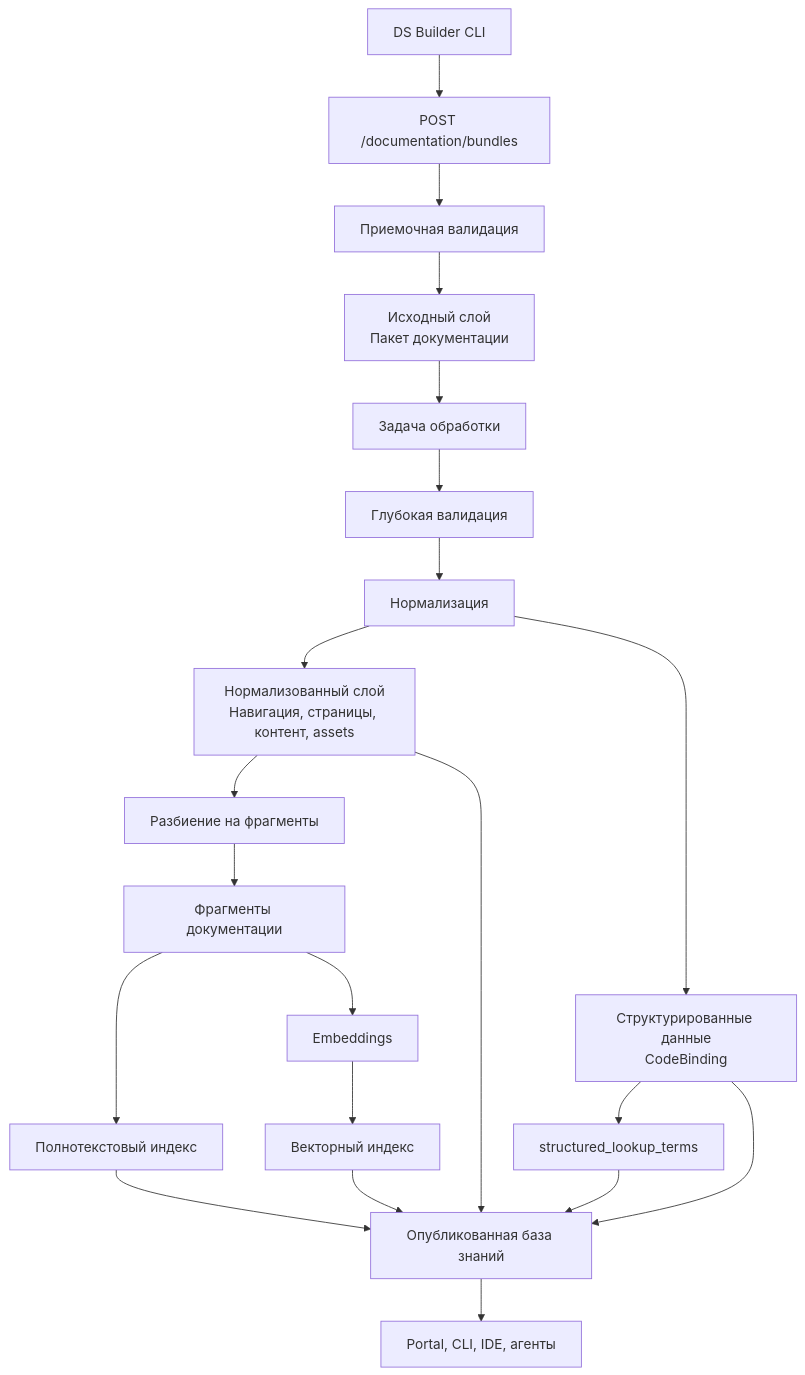
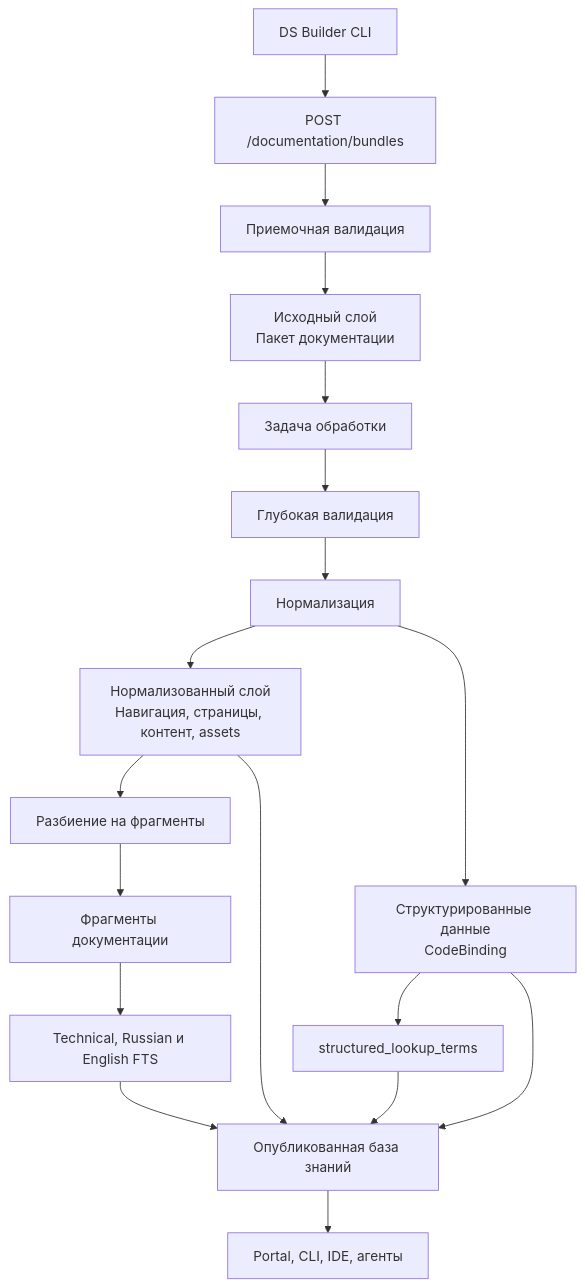
One commit to salute-developers/design-system-builder changed the first of 6 diagrams in openspec/architecture/ADR-0002-documentation.md. Above: the diagram before and after it, drawn with Mermaid. The commit also changed other lines of this file and 201 other files, not shown here.

````diff
--- a/openspec/architecture/ADR-0002-documentation.md
+++ b/openspec/architecture/ADR-0002-documentation.md
@@ -104,23 +111,20 @@
 ```mermaid
 flowchart TD
     CLI["DS Builder CLI"] --> Upload["POST /documentation/bundles"]
     Upload --> Acceptance["Приемочная валидация"]
     Acceptance --> Raw["Исходный слой\nПакет документации"]
     Raw --> Job["Задача обработки"]
     Job --> Validate["Глубокая валидация"]
     Validate --> Normalize["Нормализация"]
     Normalize --> Pages["Нормализованный слой\nНавигация, страницы, контент, assets"]
     Normalize --> Structured["Структурированные данные\nCodeBinding"]
     Pages --> Chunking["Разбиение на фрагменты"]
     Chunking --> Chunks["Фрагменты документации"]
     Structured --> LookupTerms["structured_lookup_terms"]
-    Chunks --> TextIndex["Полнотекстовый индекс"]
-    Chunks --> Embeddings["Embeddings"]
-    Embeddings --> VectorIndex["Векторный индекс"]
+    Chunks --> TextIndex["Technical, Russian и English FTS"]
     TextIndex --> KB["Опубликованная база знаний"]
-    VectorIndex --> KB
     LookupTerms --> KB
     Pages --> KB
     Structured --> KB
     KB --> Clients["Portal, CLI, IDE, агенты"]
 ```
````
